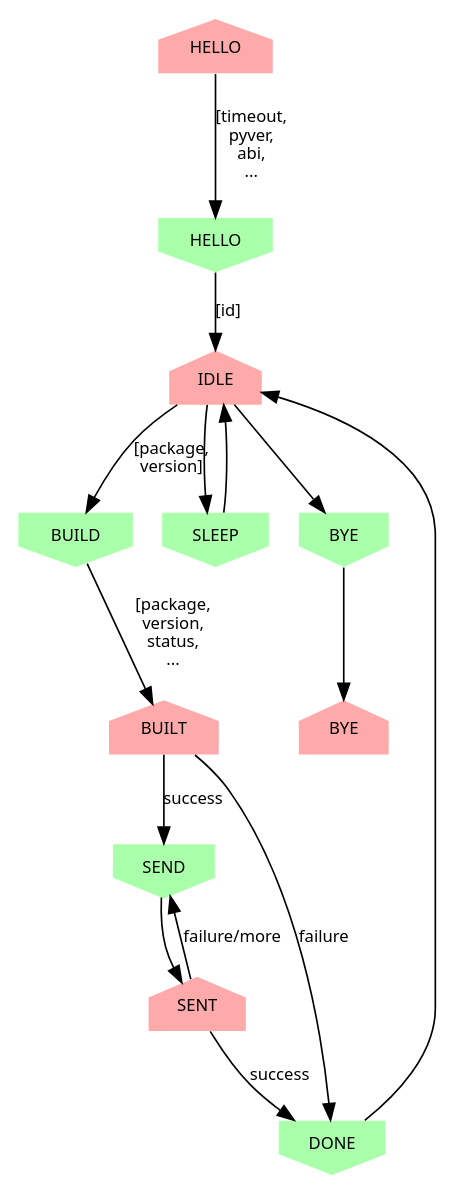
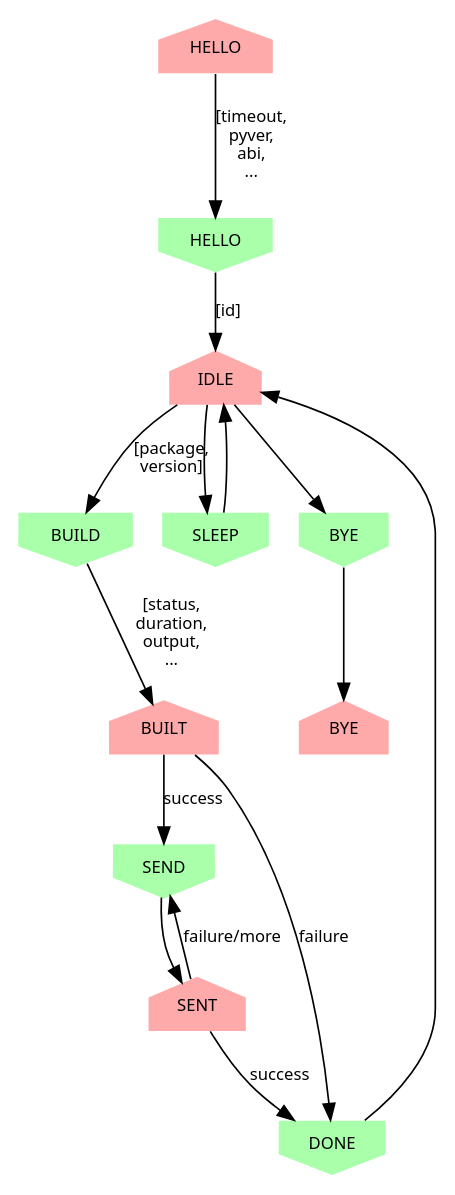
Before and after one commit to piwheels/piwheels: the diagram in docs/slave_protocol.dot, drawn with Graphviz. The commit also changed 26 other files, not shown here.

```diff
--- a/docs/slave_protocol.dot
+++ b/docs/slave_protocol.dot
@@ -1,35 +1,35 @@
 digraph slave {
     /* Sent messages */
     node [shape=house, fontname=Sans, fontsize=10, style=filled, fillcolor="#ffaaaa", penwidth=0];
     HELLO1 [label="HELLO"];
     IDLE;
     BUILT;
     SENT;
     BYE2 [label="BYE"];
 
     /* Received messages */
     node [shape=invhouse, fontname=Sans, fontsize=10, style=filled, fillcolor="#aaffaa", penwidth=0];
     HELLO2 [label="HELLO"];
     BUILD;
     SEND;
     DONE;
     SLEEP;
     BYE1 [label="BYE"];
 
     /* Edges */
     edge [fontname=Sans, fontsize=10];
     HELLO1->HELLO2 [label="[timeout,\npyver,\nabi,\n..."];
     HELLO2->IDLE [label="[id]"];
     IDLE->BUILD [label="[package,\nversion]"];
     IDLE->SLEEP;
     IDLE->BYE1;
     SLEEP->IDLE;
-    BUILD->BUILT [label="[package,\nversion,\nstatus,\n..."];
+    BUILD->BUILT [label="[status,\nduration,\noutput,\n..."];
     BUILT->DONE [label="failure"];
     BUILT->SEND [label="success"];
     SEND->SENT;
     SENT->DONE [label="success"];
     SENT->SEND [label="failure/more"];
     DONE->IDLE;
     BYE1->BYE2;
 }
```
